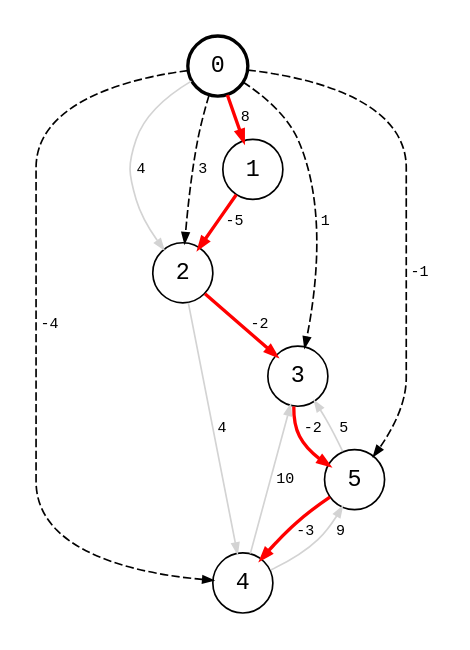
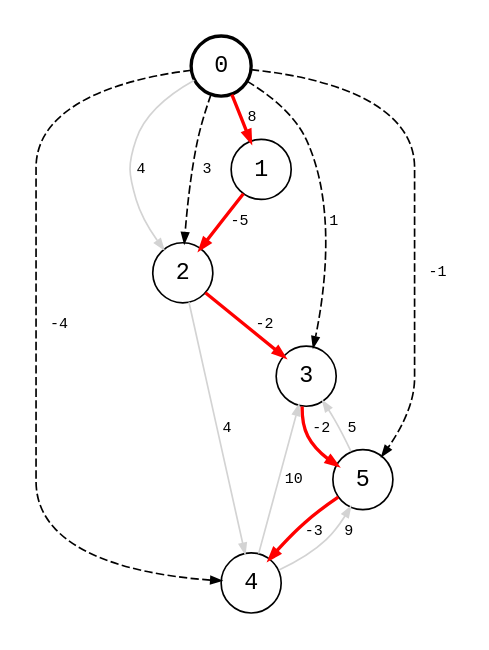
The diagram in src/bellman_ford_moore_1.dot (bsdrks/graaf-images), drawn with Graphviz before and after one commit. The commit also changed 4 other files, not shown here.

```diff
--- a/src/bellman_ford_moore_1.dot
+++ b/src/bellman_ford_moore_1.dot
@@ -1,25 +1,25 @@
 digraph {
     node [shape=circle, fontname="monospace"];
     edge [arrowsize=0.6, fontname="monospace", fontsize=9];
     layout=dot;
     pad=0.2;
     ranksep=0.2;
 
     0 [style=bold];
 
     0 -> 1 [label=" 8", color=red, style=bold];
     0 -> 2 [label="4", color=lightgray];
     1 -> 2 [label=" -5", color=red, style=bold];
     2 -> 3 [label=" -2", color=red, style=bold];
     2 -> 4 [label=" 4", color=lightgray];
     3 -> 5 [label=" -2", color=red, style=bold];
     4 -> 3 [label="10", color=lightgray];
     4 -> 5 [label=" 9", color=lightgray];
     5 -> 3 [label=" 5", color=lightgray];
     5 -> 4 [label="-3", color=red, style=bold];
 
-    0 -> 2 [label="3", style=dashed];
+    0 -> 2 [label=" 3", style=dashed];
     0 -> 3 [label=" 1", style=dashed];
-    0 -> 4 [label=" -4", style=dashed];
-    0 -> 5 [label=" -1", style=dashed];
+    0 -> 4 [label="  -4", style=dashed];
+    0 -> 5 [label="  -1", style=dashed];
 }
```
